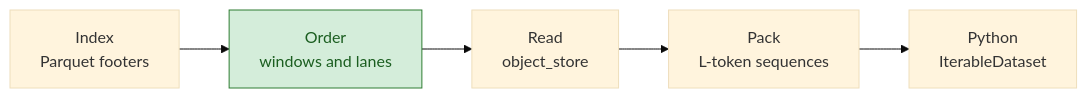
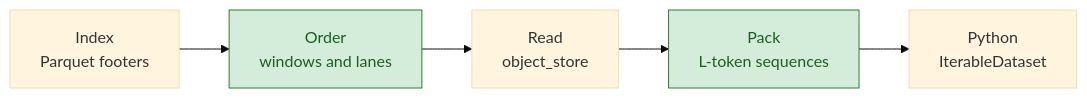
One commit to gouthamk16/plitzer changed the diagram in docs/design.md. Above: the diagram before and after it, drawn with Mermaid (base theme). The commit also changed other lines of this file and 6 other files, not shown here.

````diff
--- a/docs/design.md
+++ b/docs/design.md
@@ -86,9 +92,9 @@
 ```mermaid
 flowchart LR
     index["Index<br/>Parquet footers"] --> order["Order<br/>windows and lanes"]
     order --> read["Read<br/>object_store"]
     read --> pack["Pack<br/>L-token sequences"]
     pack --> python["Python<br/>IterableDataset"]
     classDef done fill:#d4edda,stroke:#2e7d32,color:#1b5e20
-    class order done
+    class order,pack done
 ```
````
